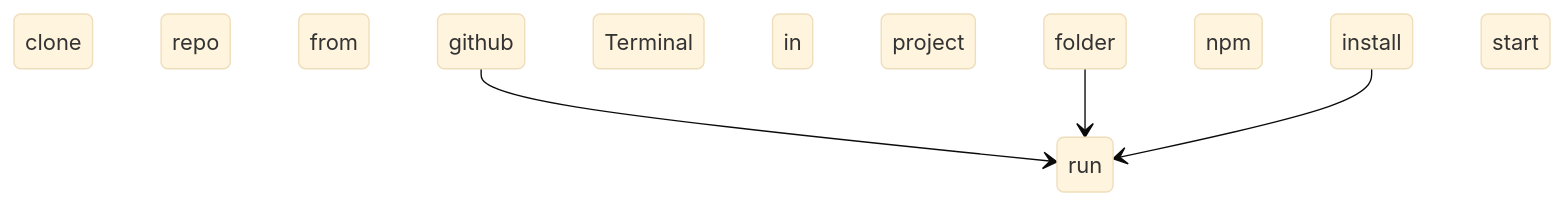
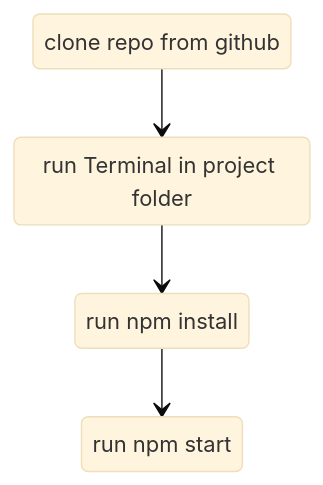
Before and after one commit to justdReas/right2drive-backend: the diagram in README.md, drawn with Mermaid (base theme).

````diff
--- a/README.md
+++ b/README.md
@@ -29,6 +29,10 @@
 ```mermaid
 stateDiagram
-    clone repo from github --> run Terminal in project folder
-    run Terminal in project folder --> run npm install
-    run npm install --> run npm start
+    A: clone repo from github
+    B: run Terminal in project folder
+    C: run npm install
+    D: run npm start
+    A --> B
+    B --> C
+    C --> D
 ```
````
